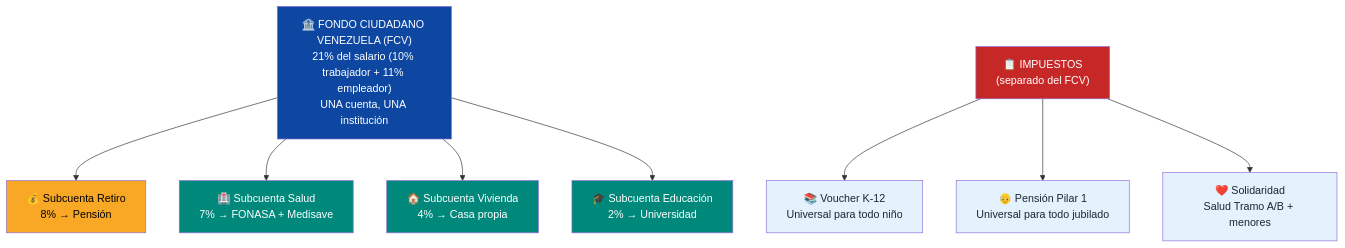
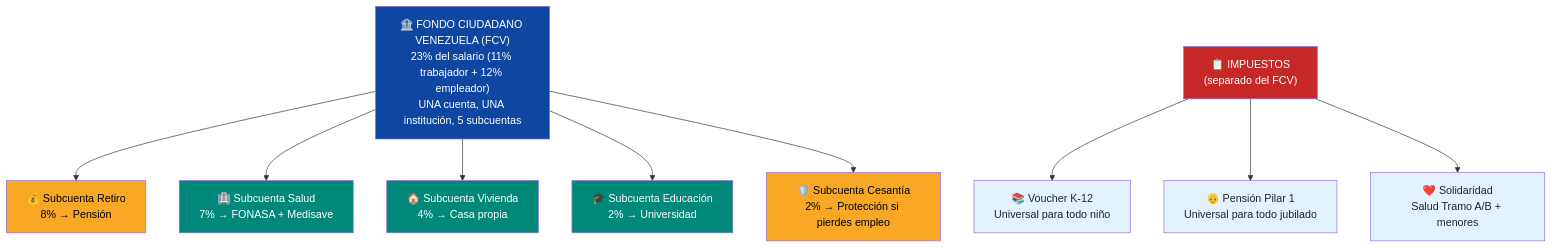
One commit to Venezuela-S-A/venezuela-sa changed the second of 15 diagrams in docs/04-gobernanza/modelo-estado.md. Above: the diagram before and after it, drawn with Mermaid. The commit also changed other lines of this file and 2 other files, not shown here.

First line of the commit message:
feat: add severance sub-account to FCV, clarify FCV vs Investment Fund, KPI-based phases

````diff
--- a/docs/04-gobernanza/modelo-estado.md
+++ b/docs/04-gobernanza/modelo-estado.md
@@ -113,23 +128,25 @@
 ```mermaid
 flowchart TB
-    FCV["🏦 FONDO CIUDADANO VENEZUELA (FCV)<br/>21% del salario (10% trabajador + 11% empleador)<br/>UNA cuenta, UNA institución"]
+    FCV["🏦 FONDO CIUDADANO VENEZUELA (FCV)<br/>23% del salario (11% trabajador + 12% empleador)<br/>UNA cuenta, UNA institución, 5 subcuentas"]
     FCV --> RET["💰 Subcuenta Retiro<br/>8% → Pensión"]
     FCV --> SAL["🏥 Subcuenta Salud<br/>7% → FONASA + Medisave"]
     FCV --> VIV["🏠 Subcuenta Vivienda<br/>4% → Casa propia"]
     FCV --> EDU["🎓 Subcuenta Educación<br/>2% → Universidad"]
+    FCV --> CES["🛡️ Subcuenta Cesantía<br/>2% → Protección si pierdes empleo"]
 
     TAX["📋 IMPUESTOS<br/>(separado del FCV)"]
     TAX --> VK12["📚 Voucher K-12<br/>Universal para todo niño"]
     TAX --> P1["👴 Pensión Pilar 1<br/>Universal para todo jubilado"]
     TAX --> SOL["❤️ Solidaridad<br/>Salud Tramo A/B + menores"]
 
     style FCV fill:#0D47A1,color:#fff
     style RET fill:#F9A825,color:#000
     style SAL fill:#00897B,color:#fff
     style VIV fill:#00897B,color:#fff
     style EDU fill:#00897B,color:#fff
+    style CES fill:#F9A825,color:#000
     style TAX fill:#C62828,color:#fff
     style VK12 fill:#E3F2FD,color:#1B2631
     style P1 fill:#E3F2FD,color:#1B2631
     style SOL fill:#E3F2FD,color:#1B2631
 ```
````
